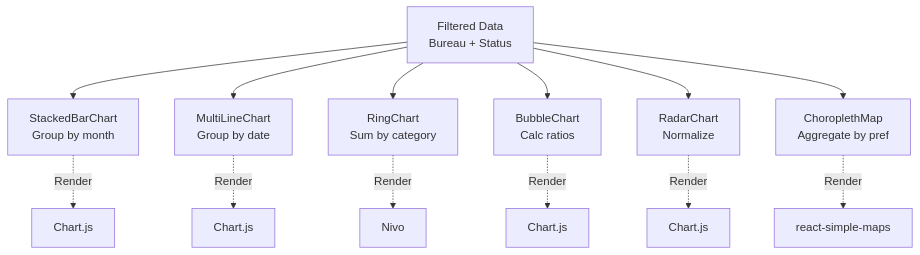
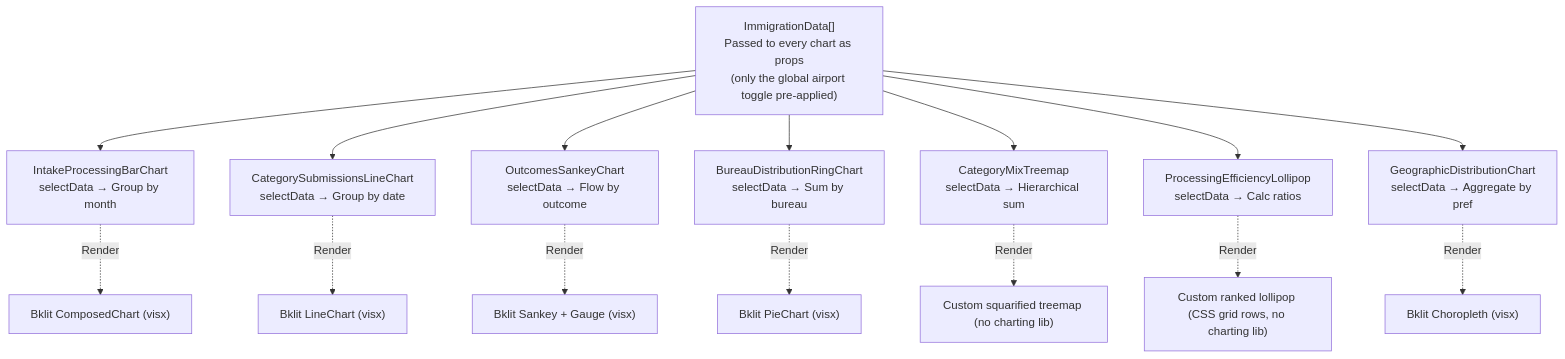
The fifth of 16 diagrams in ARCHITECTURE.md (RetroHazard/JP_Immigration_Dashboard), drawn with Mermaid before and after one commit. The commit also changed other lines of this file and 239 other files, not shown here.

````diff
--- a/ARCHITECTURE.md
+++ b/ARCHITECTURE.md
@@ -122,24 +138,27 @@
 ```mermaid
 graph TD
-    FILTERED["Filtered Data<br/>Bureau + Status"]
-    STACK["StackedBarChart<br/>Group by month"]
-    LINE["MultiLineChart<br/>Group by date"]
-    RING["RingChart<br/>Sum by category"]
-    BUBBLE["BubbleChart<br/>Calc ratios"]
-    RADAR["RadarChart<br/>Normalize"]
-    MAP["ChoroplethMap<br/>Aggregate by pref"]
+    RAW["ImmigrationData[]<br/>Passed to every chart as props<br/>(only the global airport toggle pre-applied)"]
+    INTAKE["IntakeProcessingBarChart<br/>selectData → Group by month"]
+    TYPES["CategorySubmissionsLineChart<br/>selectData → Group by date"]
+    OUTCOMES["OutcomesSankeyChart<br/>selectData → Flow by outcome"]
+    SHARE["BureauDistributionRingChart<br/>selectData → Sum by bureau"]
+    MIX["CategoryMixTreemap<br/>selectData → Hierarchical sum"]
+    EFFICIENCY["ProcessingEfficiencyLollipop<br/>selectData → Calc ratios"]
+    MAP["GeographicDistributionChart<br/>selectData → Aggregate by pref"]
     
-    FILTERED --> STACK
-    FILTERED --> LINE
-    FILTERED --> RING
-    FILTERED --> BUBBLE
-    FILTERED --> RADAR
-    FILTERED --> MAP
+    RAW --> INTAKE
+    RAW --> TYPES
+    RAW --> OUTCOMES
+    RAW --> SHARE
+    RAW --> MIX
+    RAW --> EFFICIENCY
+    RAW --> MAP
     
-    STACK -.->|Render| VIZ1["Chart.js"]
-    LINE -.->|Render| VIZ2["Chart.js"]
-    RING -.->|Render| VIZ3["Nivo"]
-    BUBBLE -.->|Render| VIZ4["Chart.js"]
-    RADAR -.->|Render| VIZ5["Chart.js"]
-    MAP -.->|Render| VIZ6["react-simple-maps"]
+    INTAKE -.->|Render| VIZ1["Bklit ComposedChart (visx)"]
+    TYPES -.->|Render| VIZ2["Bklit LineChart (visx)"]
+    OUTCOMES -.->|Render| VIZ3["Bklit Sankey + Gauge (visx)"]
+    SHARE -.->|Render| VIZ4["Bklit PieChart (visx)"]
+    MIX -.->|Render| VIZ5["Custom squarified treemap (no charting lib)"]
+    EFFICIENCY -.->|Render| VIZ6["Custom ranked lollipop (CSS grid rows, no charting lib)"]
+    MAP -.->|Render| VIZ7["Bklit Choropleth (visx)"]
 ```
````
